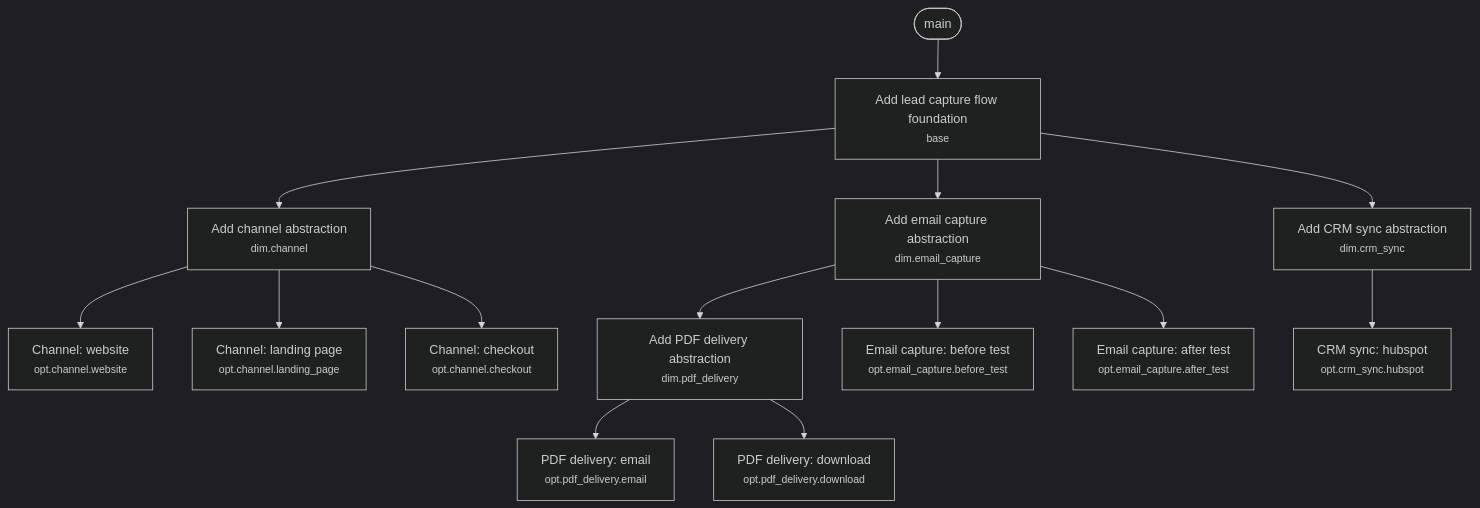
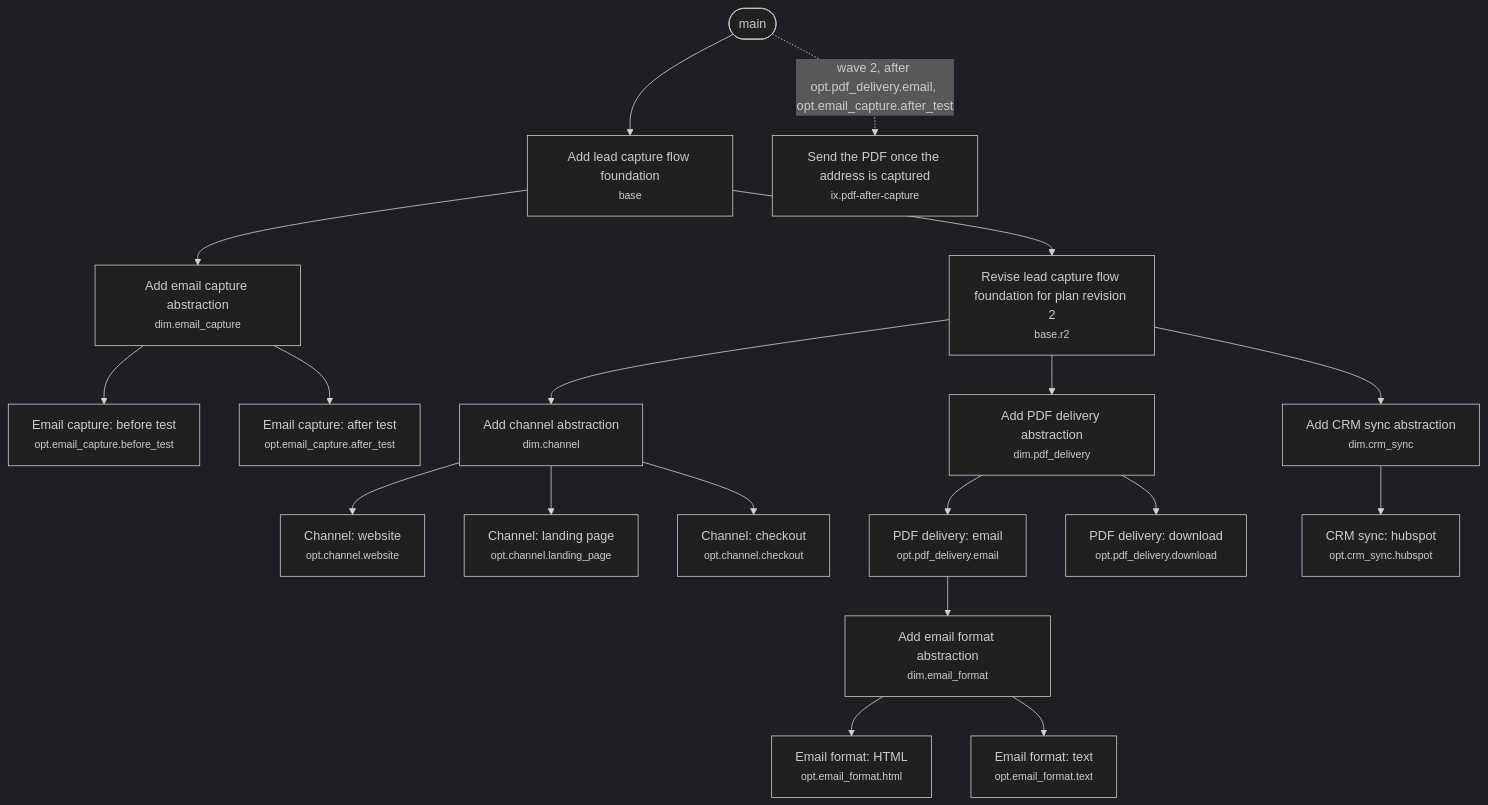
Before and after one commit to dnoegel/combinatorial-agentic-development-skill: the second of 2 diagrams in examples/lead-capture-flow.md, drawn with Mermaid (dark theme). The commit also changed other lines of this file and 32 other files, not shown here.

````diff
--- a/examples/lead-capture-flow.md
+++ b/examples/lead-capture-flow.md
@@ -182,30 +221,40 @@
 ```mermaid
 flowchart TD
   main(["main"])
   s_base["Add lead capture flow foundation<br/><small>base</small>"]
+  s_dim_email_capture["Add email capture abstraction<br/><small>dim.email_capture</small>"]
+  s_opt_email_capture_before_test["Email capture: before test<br/><small>opt.email_capture.before_test</small>"]
+  s_opt_email_capture_after_test["Email capture: after test<br/><small>opt.email_capture.after_test</small>"]
+  s_base_r2["Revise lead capture flow foundation for plan revision 2<br/><small>base.r2</small>"]
   s_dim_channel["Add channel abstraction<br/><small>dim.channel</small>"]
-  s_dim_email_capture["Add email capture abstraction<br/><small>dim.email_capture</small>"]
   s_dim_pdf_delivery["Add PDF delivery abstraction<br/><small>dim.pdf_delivery</small>"]
   s_dim_crm_sync["Add CRM sync abstraction<br/><small>dim.crm_sync</small>"]
   s_opt_channel_website["Channel: website<br/><small>opt.channel.website</small>"]
   s_opt_channel_landing_page["Channel: landing page<br/><small>opt.channel.landing_page</small>"]
   s_opt_channel_checkout["Channel: checkout<br/><small>opt.channel.checkout</small>"]
   s_opt_pdf_delivery_email["PDF delivery: email<br/><small>opt.pdf_delivery.email</small>"]
+  s_dim_email_format["Add email format abstraction<br/><small>dim.email_format</small>"]
   s_opt_pdf_delivery_download["PDF delivery: download<br/><small>opt.pdf_delivery.download</small>"]
-  s_opt_email_capture_before_test["Email capture: before test<br/><small>opt.email_capture.before_test</small>"]
-  s_opt_email_capture_after_test["Email capture: after test<br/><small>opt.email_capture.after_test</small>"]
   s_opt_crm_sync_hubspot["CRM sync: hubspot<br/><small>opt.crm_sync.hubspot</small>"]
+  s_opt_email_format_html["Email format: HTML<br/><small>opt.email_format.html</small>"]
+  s_opt_email_format_text["Email format: text<br/><small>opt.email_format.text</small>"]
+  s_ix_pdf_after_capture["Send the PDF once the address is captured<br/><small>ix.pdf-after-capture</small>"]
   main --> s_base
-  s_base --> s_dim_channel
   s_base --> s_dim_email_capture
-  s_dim_email_capture --> s_dim_pdf_delivery
-  s_base --> s_dim_crm_sync
+  s_dim_email_capture --> s_opt_email_capture_before_test
+  s_dim_email_capture --> s_opt_email_capture_after_test
+  s_base --> s_base_r2
+  s_base_r2 --> s_dim_channel
+  s_base_r2 --> s_dim_pdf_delivery
+  s_base_r2 --> s_dim_crm_sync
   s_dim_channel --> s_opt_channel_website
   s_dim_channel --> s_opt_channel_landing_page
   s_dim_channel --> s_opt_channel_checkout
   s_dim_pdf_delivery --> s_opt_pdf_delivery_email
+  s_opt_pdf_delivery_email --> s_dim_email_format
   s_dim_pdf_delivery --> s_opt_pdf_delivery_download
-  s_dim_email_capture --> s_opt_email_capture_before_test
-  s_dim_email_capture --> s_opt_email_capture_after_test
   s_dim_crm_sync --> s_opt_crm_sync_hubspot
+  s_dim_email_format --> s_opt_email_format_html
+  s_dim_email_format --> s_opt_email_format_text
+  main -.->|"wave 2, after opt.pdf_delivery.email, opt.email_capture.after_test"| s_ix_pdf_after_capture
 ```
````
